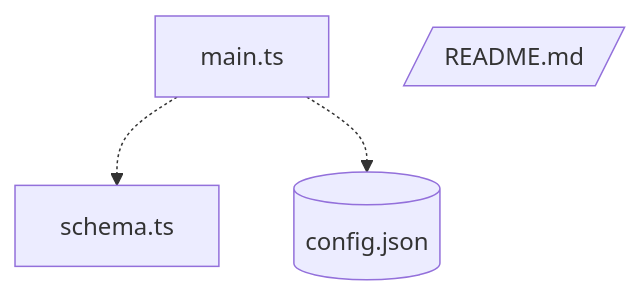
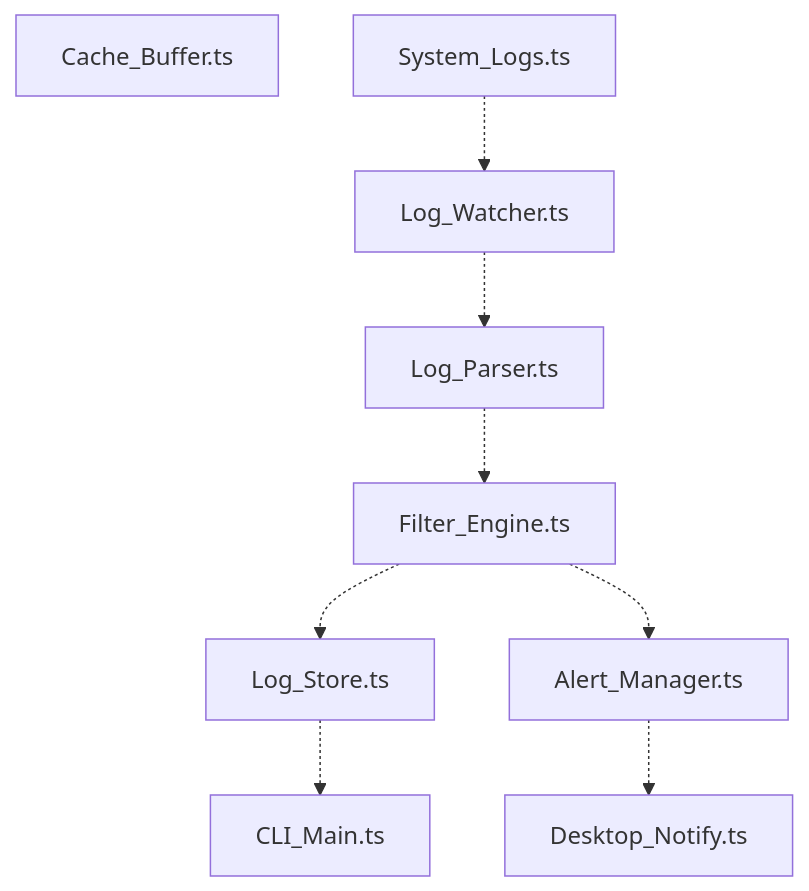
One commit to dogsinatas29/SYNAPSE changed the diagram in demo/architecture.md. Above: the diagram before and after it, drawn with Mermaid. The commit also changed 14 other files, not shown here.

````diff
--- a/demo/architecture.md
+++ b/demo/architecture.md
@@ -5,10 +5,20 @@
 ```mermaid
 flowchart TD
-  node_0[main.ts]
-  node_1[schema.ts]
-  node_2[(config.json)]
-  node_3[/README.md/]
+  node_0[CLI_Main.ts]
+  node_1[Log_Watcher.ts]
+  node_2[Log_Parser.ts]
+  node_3[Filter_Engine.ts]
+  node_4[Alert_Manager.ts]
+  node_5[Log_Store.ts]
+  node_6[Cache_Buffer.ts]
+  node_7[System_Logs.ts]
+  node_8[Desktop_Notify.ts]
 
-  node_0 -.-> node_1
-  node_0 -.-> node_2
+  node_7 -.-> node_1
+  node_1 -.-> node_2
+  node_2 -.-> node_3
+  node_3 -.-> node_5
+  node_3 -.-> node_4
+  node_4 -.-> node_8
+  node_5 -.-> node_0
 ```
````
